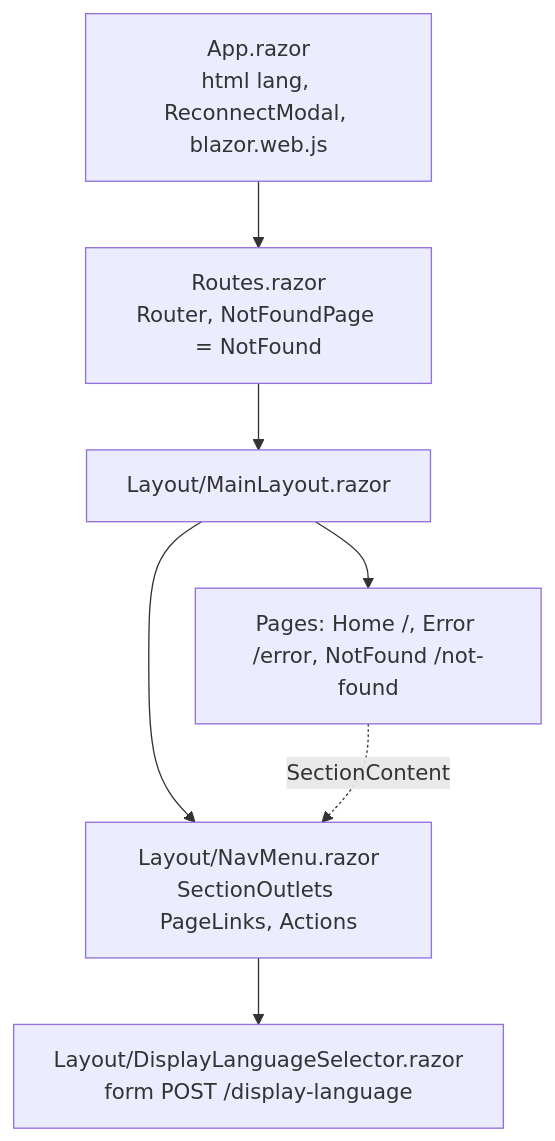
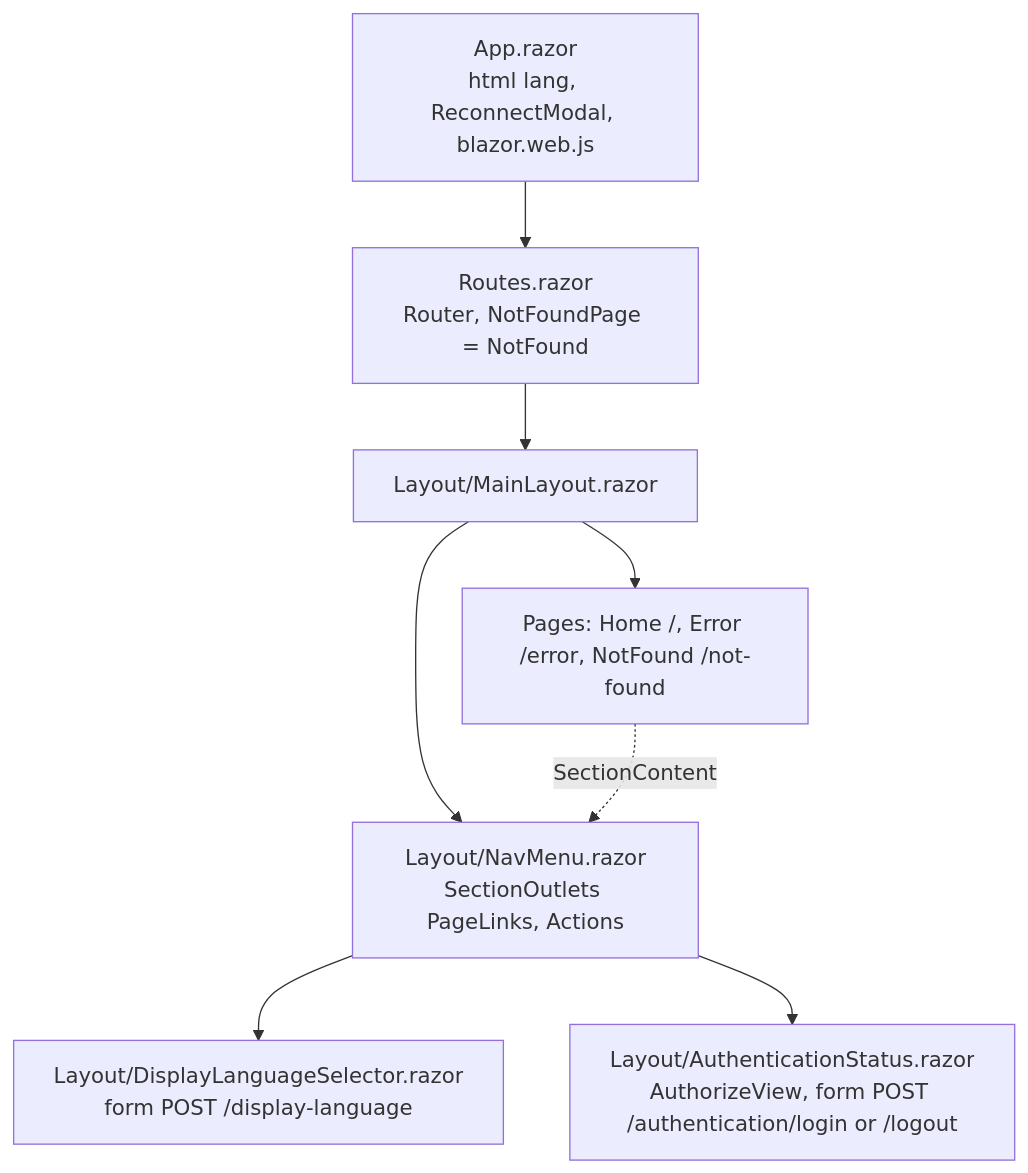
One commit to FlorianAlbert/ChronicleOfHeros changed the second of 2 diagrams in docs/architecture/hosts/web.md. Above: the diagram before and after it, drawn with Mermaid. The commit also changed other lines of this file and 23 other files, not shown here.

````diff
--- a/docs/architecture/hosts/web.md
+++ b/docs/architecture/hosts/web.md
@@ -62,9 +79,10 @@
 ```mermaid
 flowchart TD
     App["App.razor<br/>html lang, ReconnectModal, blazor.web.js"] --> Routes["Routes.razor<br/>Router, NotFoundPage = NotFound"]
     Routes --> MainLayout["Layout/MainLayout.razor"]
     MainLayout --> NavMenu["Layout/NavMenu.razor<br/>SectionOutlets PageLinks, Actions"]
     NavMenu --> Selector["Layout/DisplayLanguageSelector.razor<br/>form POST /display-language"]
+    NavMenu --> AuthStatus["Layout/AuthenticationStatus.razor<br/>AuthorizeView, form POST /authentication/login or /logout"]
     MainLayout --> Pages["Pages: Home /, Error /error, NotFound /not-found"]
     Pages -.->|"SectionContent"| NavMenu
 ```
````
